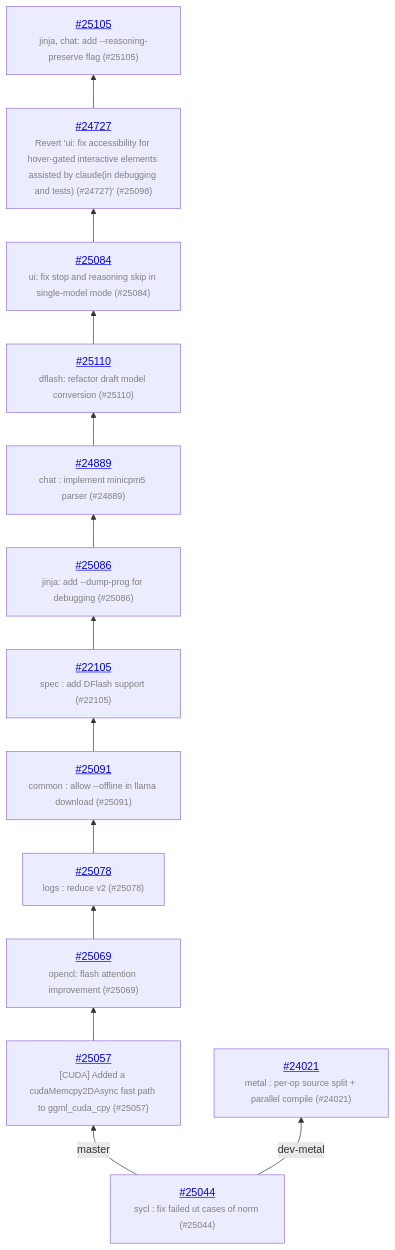
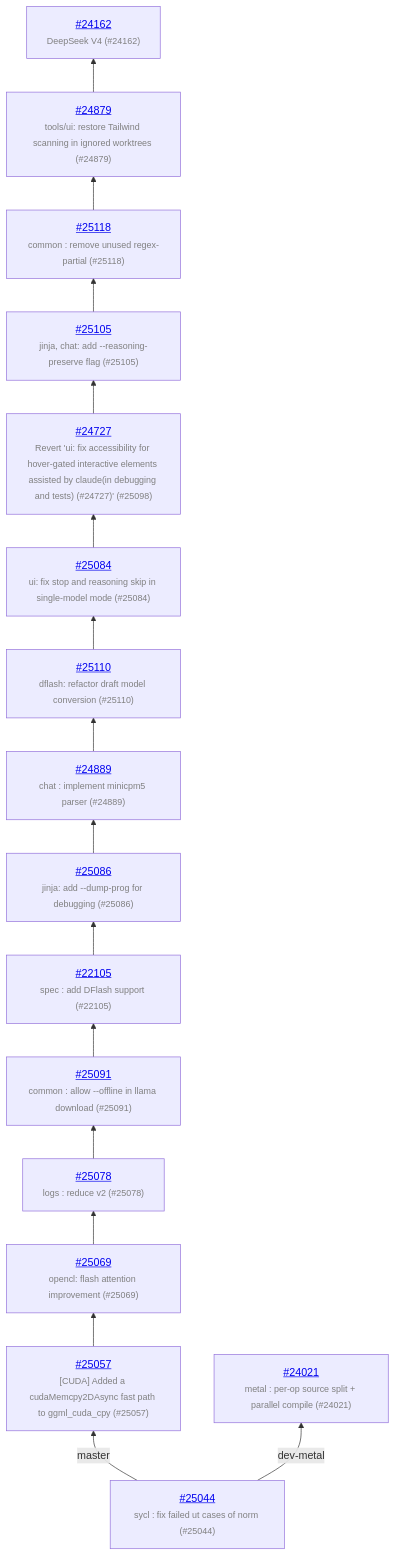
One commit to ggml-org/llama.cpp-dev changed the diagram in README.md. Above: the diagram before and after it, drawn with Mermaid. The commit also changed other lines of this file and 1 other file, not shown here.

Commit message:
auto: update

````diff
--- a/README.md
+++ b/README.md
@@ -13,28 +13,34 @@
 ```mermaid
 graph BT
     COMMON["<a href='https://github.com/ggml-org/llama.cpp/pull/25044'>#25044</a><br/><span style='font-size:smaller;color:gray'>sycl : fix failed ut cases of norm (#25044)</span>"]
     COMMON -->|master| C_0ed235e
     C_0ed235e["<a href='https://github.com/ggml-org/llama.cpp/pull/25057'>#25057</a><br/><span style='font-size:smaller;color:gray'>[CUDA] Added a cudaMemcpy2DAsync fast path to ggml_cuda_cpy (#25057)</span>"]
     C_0ed235e --> C_ebd048f
     C_ebd048f["<a href='https://github.com/ggml-org/llama.cpp/pull/25069'>#25069</a><br/><span style='font-size:smaller;color:gray'>opencl: flash attention improvement (#25069)</span>"]
     C_ebd048f --> C_27c8bb4
     C_27c8bb4["<a href='https://github.com/ggml-org/llama.cpp/pull/25078'>#25078</a><br/><span style='font-size:smaller;color:gray'>logs : reduce v2 (#25078)</span>"]
     C_27c8bb4 --> C_c1a1c8e
     C_c1a1c8e["<a href='https://github.com/ggml-org/llama.cpp/pull/25091'>#25091</a><br/><span style='font-size:smaller;color:gray'>common : allow --offline in llama download (#25091)</span>"]
     C_c1a1c8e --> C_d1b3425
     C_d1b3425["<a href='https://github.com/ggml-org/llama.cpp/pull/22105'>#22105</a><br/><span style='font-size:smaller;color:gray'>spec : add DFlash support (#22105)</span>"]
     C_d1b3425 --> C_f68a788
     C_f68a788["<a href='https://github.com/ggml-org/llama.cpp/pull/25086'>#25086</a><br/><span style='font-size:smaller;color:gray'>jinja: add --dump-prog for debugging (#25086)</span>"]
     C_f68a788 --> C_c818263
     C_c818263["<a href='https://github.com/ggml-org/llama.cpp/pull/24889'>#24889</a><br/><span style='font-size:smaller;color:gray'>chat : implement minicpm5 parser (#24889)</span>"]
     C_c818263 --> C_fa72bc6
     C_fa72bc6["<a href='https://github.com/ggml-org/llama.cpp/pull/25110'>#25110</a><br/><span style='font-size:smaller;color:gray'>dflash: refactor draft model conversion (#25110)</span>"]
     C_fa72bc6 --> C_7cb8576
     C_7cb8576["<a href='https://github.com/ggml-org/llama.cpp/pull/25084'>#25084</a><br/><span style='font-size:smaller;color:gray'>ui: fix stop and reasoning skip in single-model mode (#25084)</span>"]
     C_7cb8576 --> C_dbdaece
     C_dbdaece["<a href='https://github.com/ggml-org/llama.cpp/pull/24727'>#24727</a><br/><span style='font-size:smaller;color:gray'>Revert 'ui: fix accessibility for hover-gated interactive elements assisted by claude(in debugging and tests) (#24727)' (#25098)</span>"]
     C_dbdaece --> C_b3fed31
     C_b3fed31["<a href='https://github.com/ggml-org/llama.cpp/pull/25105'>#25105</a><br/><span style='font-size:smaller;color:gray'>jinja, chat: add --reasoning-preserve flag (#25105)</span>"]
+    C_b3fed31 --> C_277a105
+    C_277a105["<a href='https://github.com/ggml-org/llama.cpp/pull/25118'>#25118</a><br/><span style='font-size:smaller;color:gray'>common : remove unused regex-partial (#25118)</span>"]
+    C_277a105 --> C_6cb18b2
+    C_6cb18b2["<a href='https://github.com/ggml-org/llama.cpp/pull/24879'>#24879</a><br/><span style='font-size:smaller;color:gray'>tools/ui: restore Tailwind scanning in ignored worktrees (#24879)</span>"]
+    C_6cb18b2 --> C_8c146a8
+    C_8c146a8["<a href='https://github.com/ggml-org/llama.cpp/pull/24162'>#24162</a><br/><span style='font-size:smaller;color:gray'>DeepSeek V4  (#24162)</span>"]
     COMMON -->|dev-metal| C_f7c1df6
     C_f7c1df6["<a href='https://github.com/ggml-org/llama.cpp/pull/24021'>#24021</a><br/><span style='font-size:smaller;color:gray'>metal : per-op source split + parallel compile (#24021)</span>"]
 ```
````
